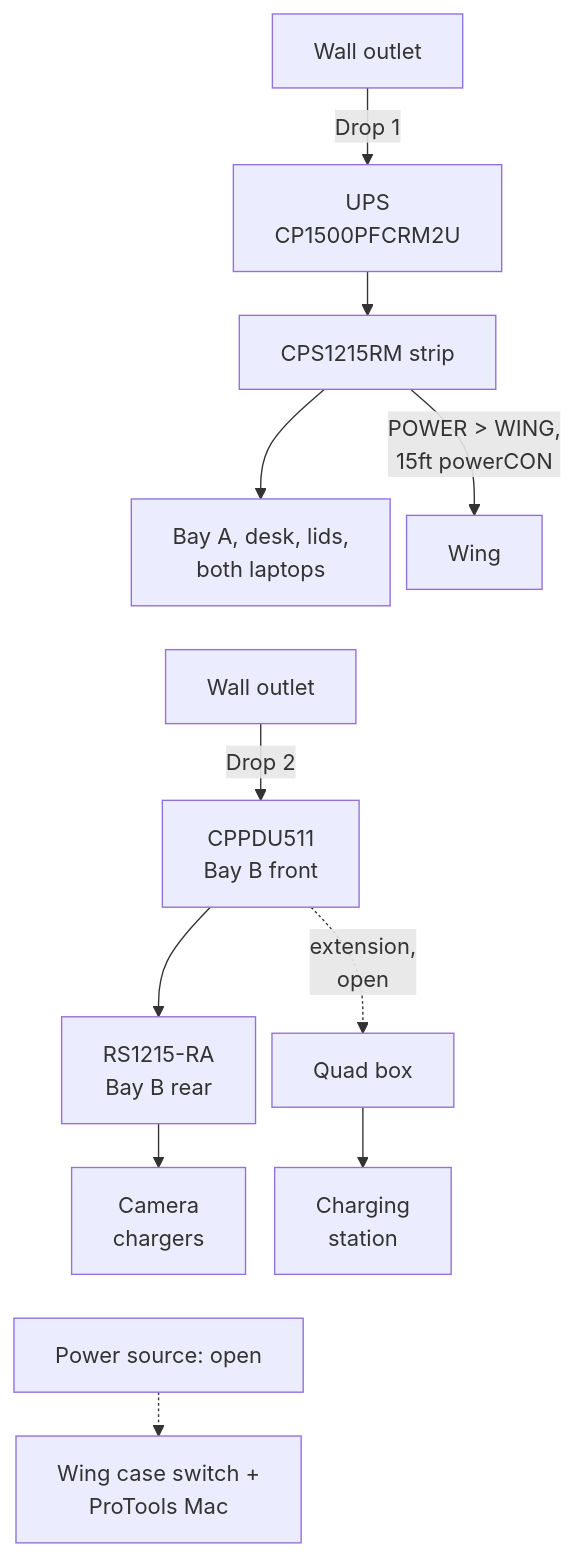
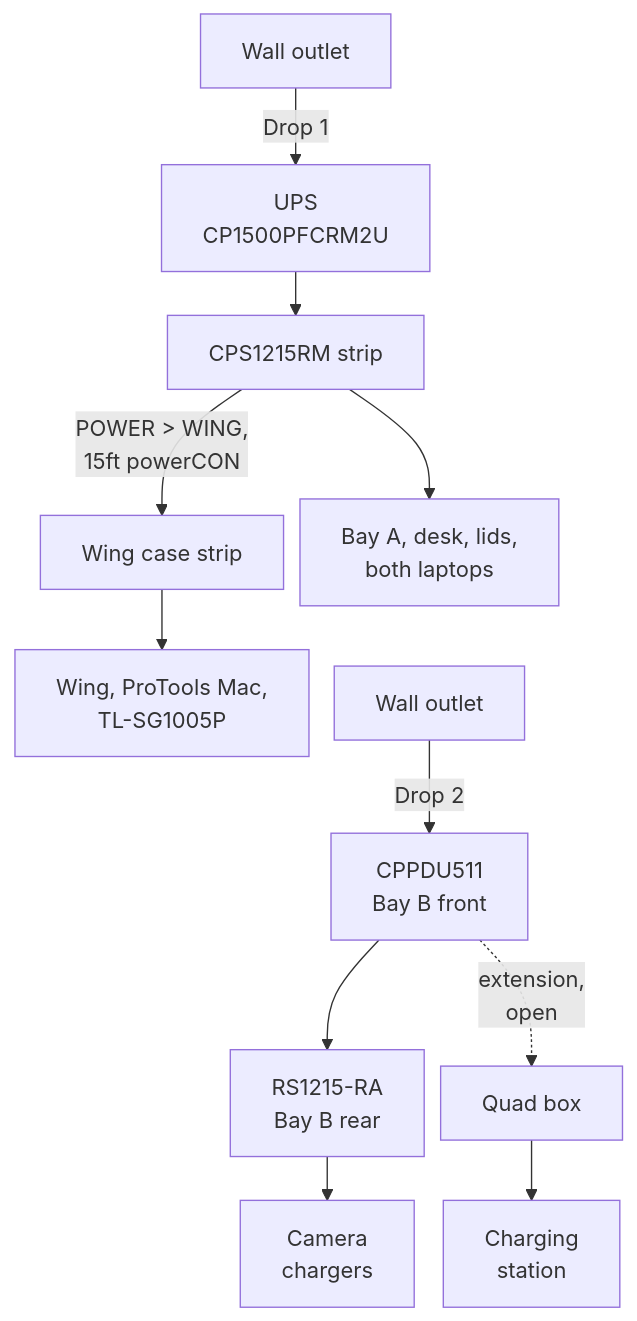
One commit to samholub/elim-avpro-production-station changed the fifth of 5 diagrams in build/README.md. Above: the diagram before and after it, drawn with Mermaid. The commit also changed other lines of this file and 22 other files, not shown here.

Commit message:
build: Wing case strip via powerCON; converter and antenna open items; reference images

````diff
--- a/build/README.md
+++ b/build/README.md
@@ -145,14 +145,13 @@
 ```mermaid
 %%{init: {"flowchart": {"rankSpacing": 32, "nodeSpacing": 12}}}%%
 flowchart TD
   W1["Wall outlet"] -->|"Drop 1"| UPS["UPS<br/>CP1500PFCRM2U"]
   UPS --> ST["CPS1215RM strip"]
   ST --> GEAR["Bay A, desk, lids,<br/>both laptops"]
-  ST -->|"POWER &gt; WING,<br/>15ft powerCON"| WG["Wing"]
+  ST -->|"POWER &gt; WING,<br/>15ft powerCON"| WS["Wing case strip"]
+  WS --> WG["Wing, ProTools Mac,<br/>TL-SG1005P"]
   GEAR ~~~ W2["Wall outlet"]
   W2 -->|"Drop 2"| PDU["CPPDU511<br/>Bay B front"]
   PDU --> RS["RS1215-RA<br/>Bay B rear"] --> CH["Camera<br/>chargers"]
   PDU -.->|"extension,<br/>open"| QB["Quad box"] --> CS["Charging<br/>station"]
-  CH ~~~ NP["Power source: open"]
-  NP -.-> WCP["Wing case switch +<br/>ProTools Mac"]
 ```
````
